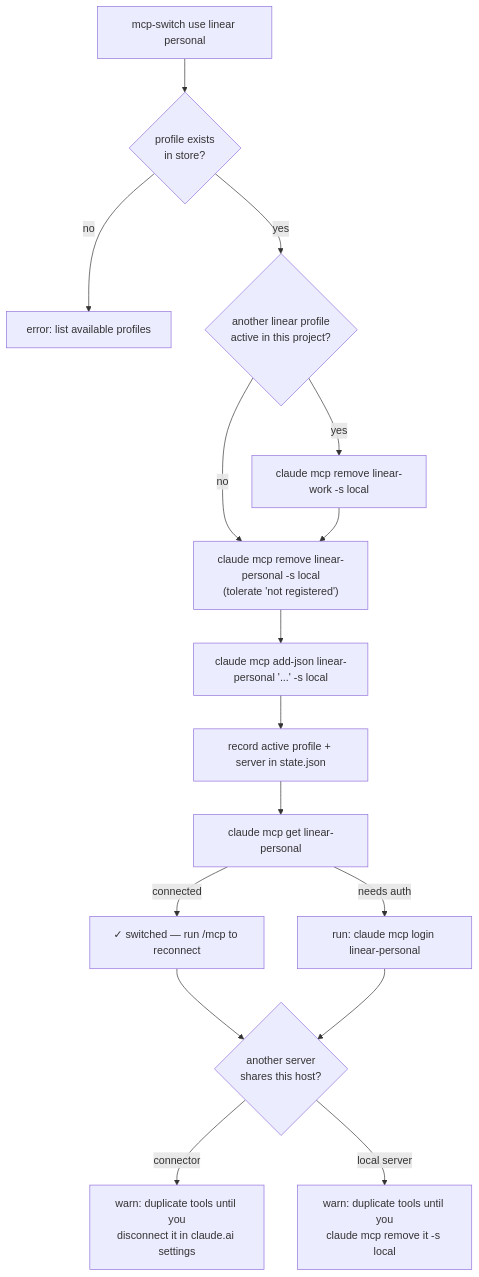
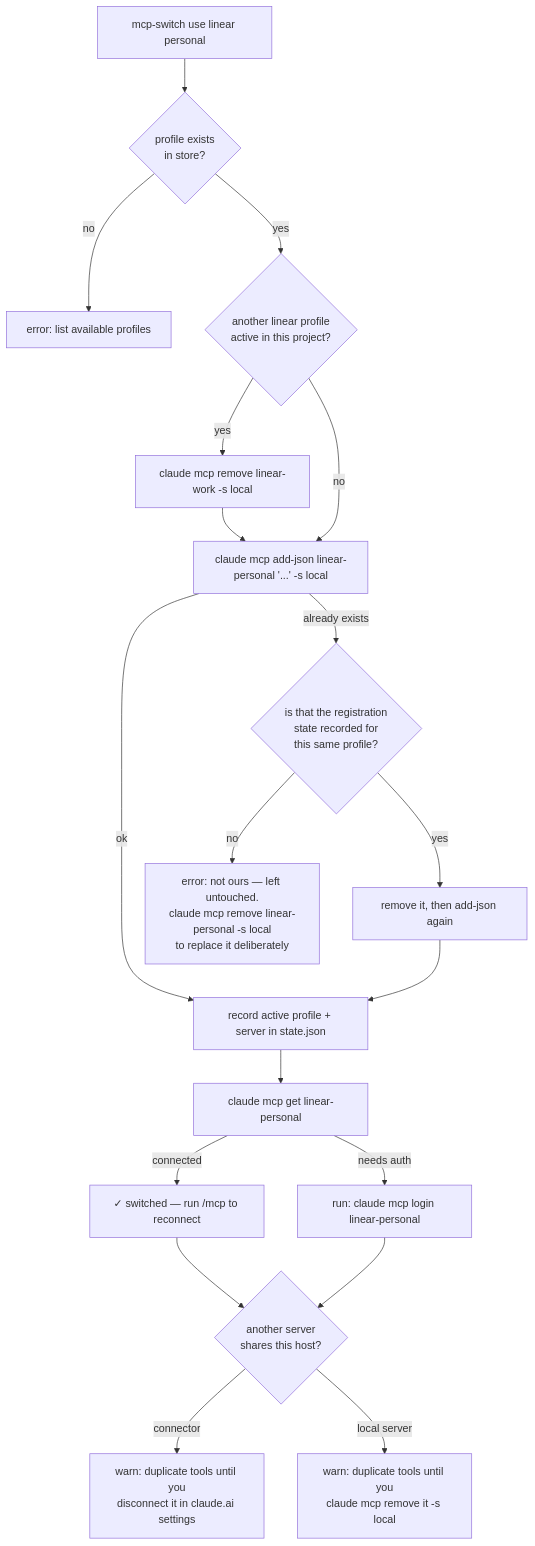
Before and after one commit to nljms/skills: the diagram in docs/superpowers/specs/2026-08-27-mcp-switch-design.md, drawn with Mermaid. The commit also changed other lines of this file and 10 other files, not shown here.

````diff
--- a/docs/superpowers/specs/2026-08-27-mcp-switch-design.md
+++ b/docs/superpowers/specs/2026-08-27-mcp-switch-design.md
@@ -74,18 +74,21 @@
 ```mermaid
 flowchart TD
   A["mcp-switch use linear personal"] --> B{"profile exists\nin store?"}
   B -->|no| Z["error: list available profiles"]
   B -->|yes| C{"another linear profile\nactive in this project?"}
   C -->|yes| D["claude mcp remove linear-work -s local"]
   C -->|no| E
-  D --> E["claude mcp remove linear-personal -s local\n(tolerate 'not registered')"]
-  E --> E2["claude mcp add-json linear-personal '...' -s local"]
-  E2 --> F["record active profile + server in state.json"]
+  D --> E["claude mcp add-json linear-personal '...' -s local"]
+  E -->|ok| F["record active profile + server in state.json"]
+  E -->|already exists| M{"is that the registration\nstate recorded for\nthis same profile?"}
+  M -->|no| N["error: not ours — left untouched.\nclaude mcp remove linear-personal -s local\nto replace it deliberately"]
+  M -->|yes| O["remove it, then add-json again"]
+  O --> F
   F --> G["claude mcp get linear-personal"]
   G -->|connected| H["✓ switched — run /mcp to reconnect"]
   G -->|needs auth| I["run: claude mcp login linear-personal"]
   H --> J{"another server\nshares this host?"}
   I --> J
   J -->|connector| K["warn: duplicate tools until you\ndisconnect it in claude.ai settings"]
   J -->|local server| L["warn: duplicate tools until you\nclaude mcp remove it -s local"]
 ```
````
